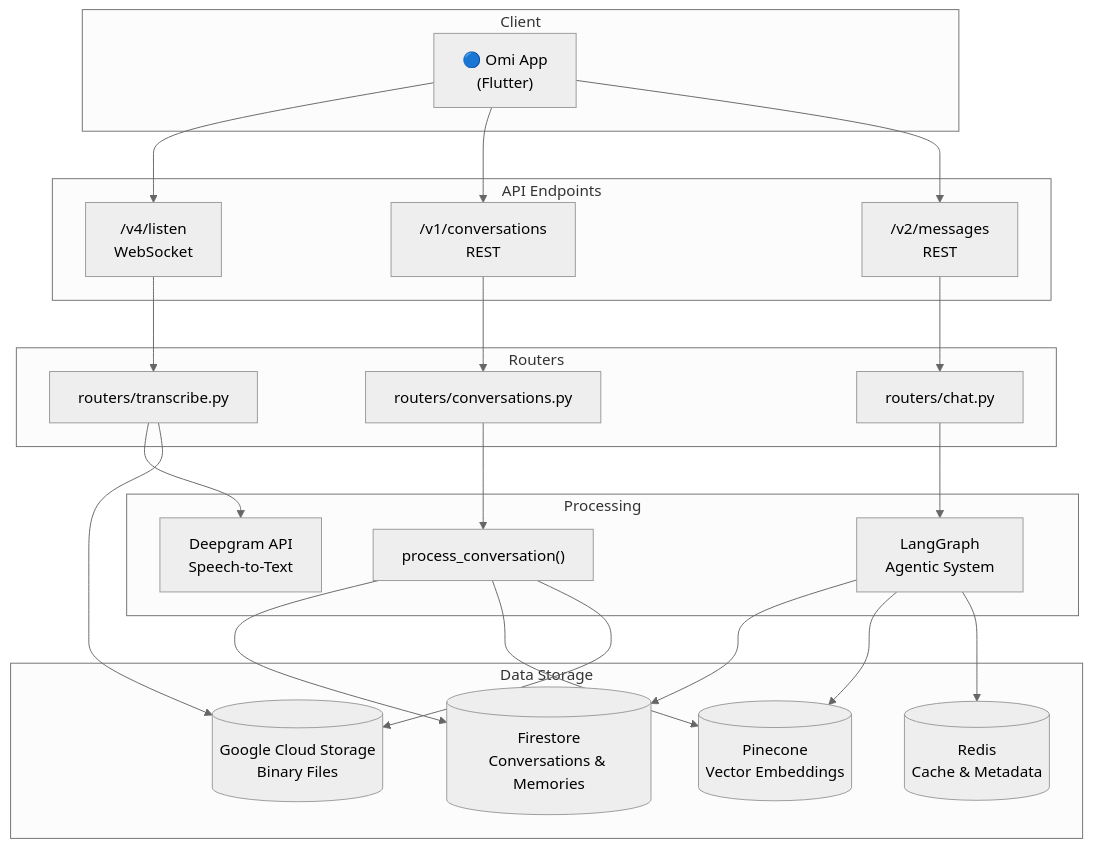
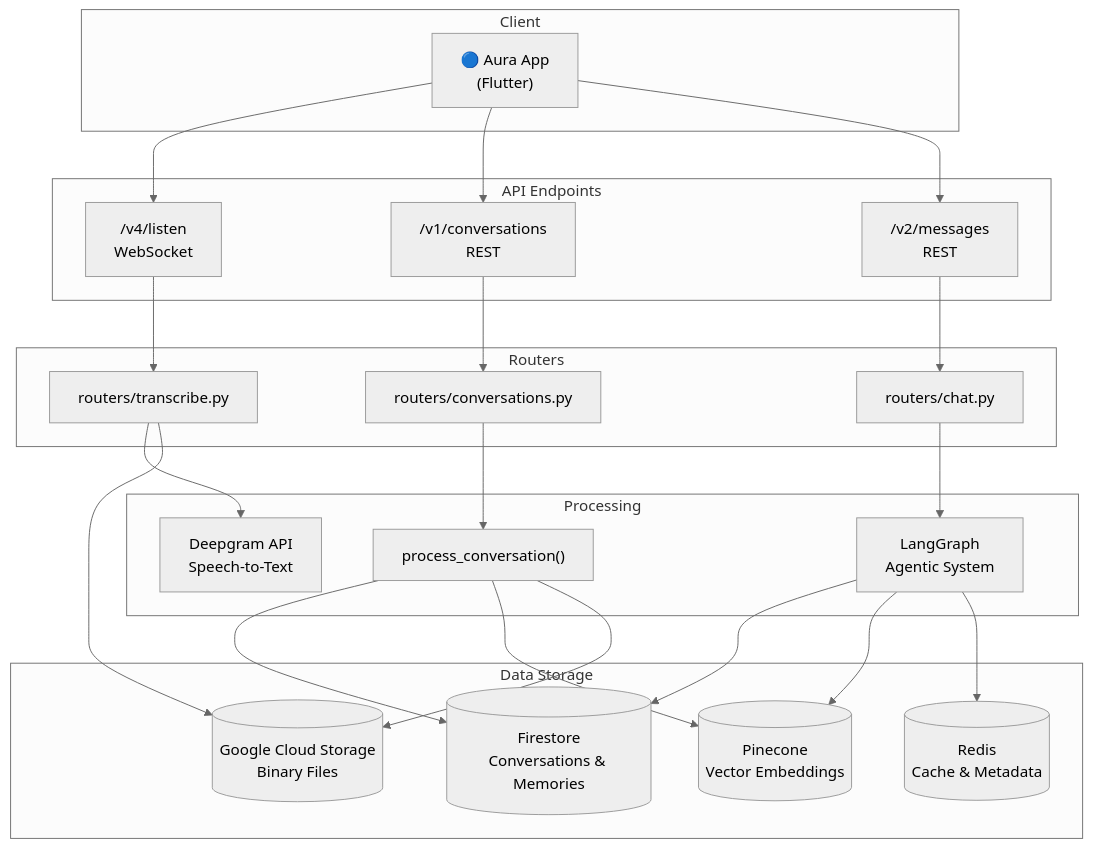
One commit to thesohamdatta/Aura-Wearable-AI changed the first of 4 diagrams in docs/doc/developer/backend/backend_deepdive.mdx. Above: the diagram before and after it, drawn with Mermaid (neutral theme). The commit also changed other lines of this file and 161 other files, not shown here.

Commit message:
chore: sanitize Omi branding to Aura across repository

````diff
--- a/docs/doc/developer/backend/backend_deepdive.mdx
+++ b/docs/doc/developer/backend/backend_deepdive.mdx
@@ -31,51 +31,51 @@
 ```mermaid
 flowchart TD
     subgraph Client
-        App["🔵 Omi App<br/>(Flutter)"]
+        App["🔵 Aura App<br/>(Flutter)"]
     end
 
     subgraph API["API Endpoints"]
         WS["/v4/listen<br/>WebSocket"]
         Conv["/v1/conversations<br/>REST"]
         Chat["/v2/messages<br/>REST"]
     end
 
     subgraph Routers
         Trans["routers/transcribe.py"]
         ConvR["routers/conversations.py"]
         ChatR["routers/chat.py"]
     end
 
     subgraph Processing
         DG["Deepgram API<br/>Speech-to-Text"]
         PC["process_conversation()"]
         LG["LangGraph<br/>Agentic System"]
     end
 
     subgraph Storage["Data Storage"]
         FS[("Firestore<br/>Conversations & Memories")]
         Pine[("Pinecone<br/>Vector Embeddings")]
         Redis[("Redis<br/>Cache & Metadata")]
         GCS[("Google Cloud Storage<br/>Binary Files")]
     end
 
     App --> WS
     App --> Conv
     App --> Chat
 
     WS --> Trans
     Conv --> ConvR
     Chat --> ChatR
 
     Trans --> DG
     ConvR --> PC
     ChatR --> LG
 
     PC --> FS
     PC --> Pine
     PC --> GCS
     LG --> FS
     LG --> Pine
     LG --> Redis
     Trans --> GCS
 ```
````
